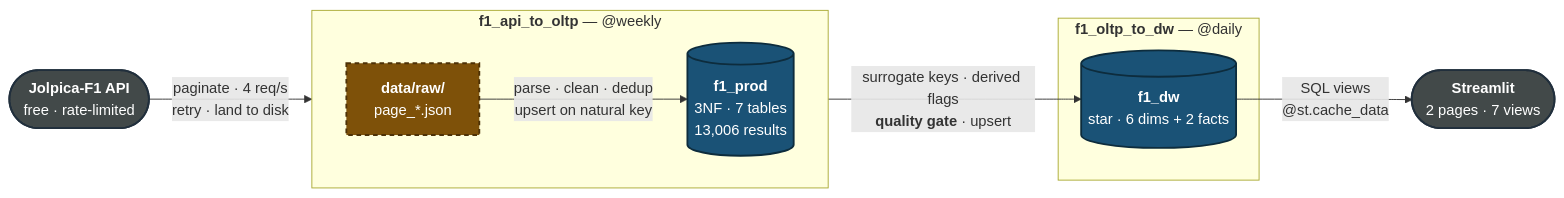
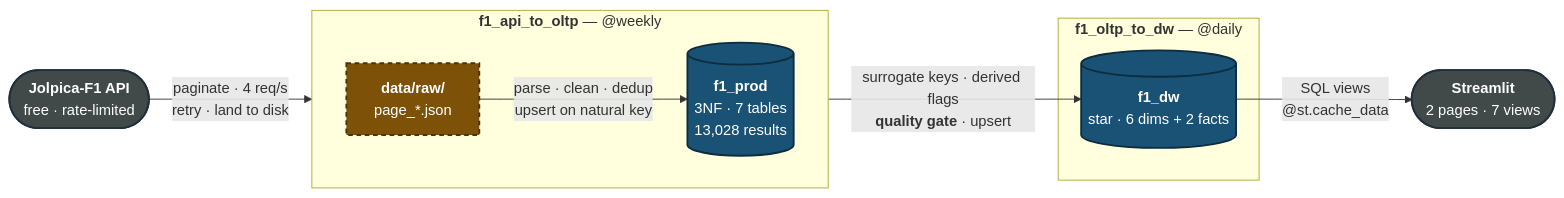
Before and after one commit to sworaj42/f1-data-warehouse: the first of 5 diagrams in README.md, drawn with Mermaid. The commit also changed other lines of this file, not shown here.

````diff
--- a/README.md
+++ b/README.md
@@ -39,28 +39,28 @@
 ```mermaid
 flowchart LR
     API(["<b>Jolpica-F1 API</b><br/>free · rate-limited"])
 
     subgraph DAG1["<b>f1_api_to_oltp</b> — @weekly"]
         direction LR
         RAW["<b>data/raw/</b><br/>page_*.json"]
-        PROD[("<b>f1_prod</b><br/>3NF · 7 tables<br/>13,006 results")]
+        PROD[("<b>f1_prod</b><br/>3NF · 7 tables<br/>13,028 results")]
         RAW -->|"parse · clean · dedup<br/>upsert on natural key"| PROD
     end
 
     subgraph DAG2["<b>f1_oltp_to_dw</b> — @daily"]
         DW[("<b>f1_dw</b><br/>star · 6 dims + 2 facts")]
     end
 
     DASH(["<b>Streamlit</b><br/>2 pages · 7 views"])
 
     API -->|"paginate · 4 req/s<br/>retry · land to disk"| RAW
     PROD -->|"surrogate keys · derived flags<br/><b>quality gate</b> · upsert"| DW
     DW -->|"SQL views<br/>@st.cache_data"| DASH
 
     classDef store fill:#1a5276,color:#fff,stroke:#0d2c3d,stroke-width:2px
     classDef zone fill:#7e5109,color:#fff,stroke:#4d3106,stroke-width:2px,stroke-dasharray:5 4
     classDef ext fill:#424949,color:#fff,stroke:#212f3c,stroke-width:2px
     class PROD,DW store
     class RAW zone
     class API,DASH ext
 ```
````
